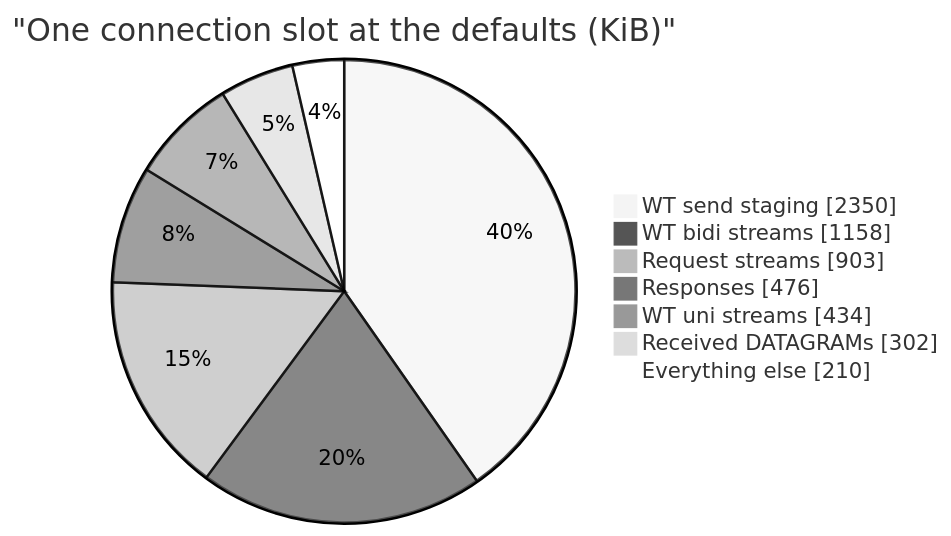
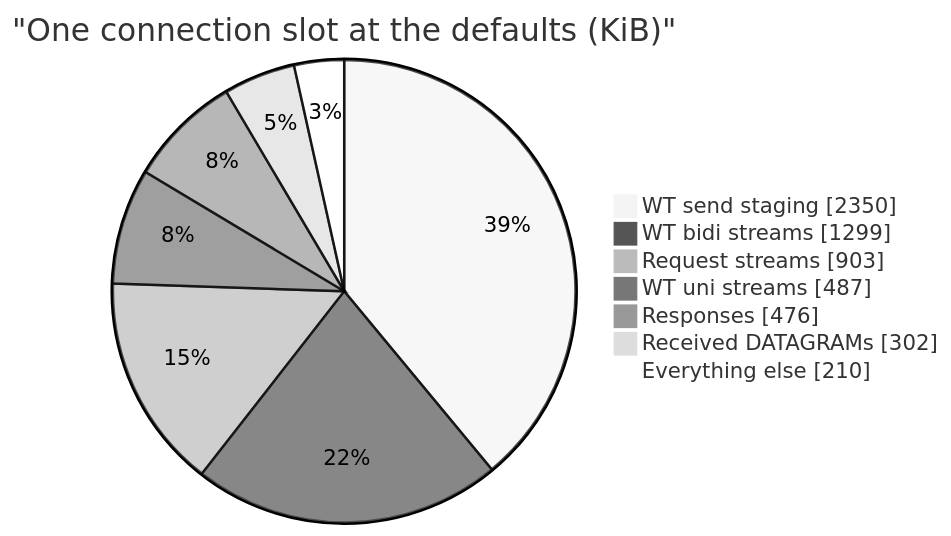
One commit to Hakkadaikon/wired changed the second of 9 diagrams in docs/arch/memory.md. Above: the diagram before and after it, drawn with Mermaid (neutral theme). The commit also changed other lines of this file and 11 other files, not shown here.

````diff
--- a/docs/arch/memory.md
+++ b/docs/arch/memory.md
@@ -73,11 +73,11 @@
 ```mermaid
 pie showData
     title "One connection slot at the defaults (KiB)"
     "WT send staging" : 2350
-    "WT bidi streams" : 1158
+    "WT bidi streams" : 1299
     "Request streams" : 903
+    "WT uni streams" : 487
     "Responses" : 476
-    "WT uni streams" : 434
     "Received DATAGRAMs" : 302
     "Everything else" : 210
 ```
````
